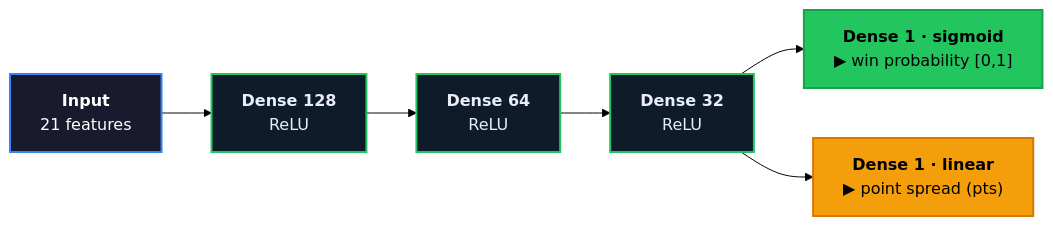
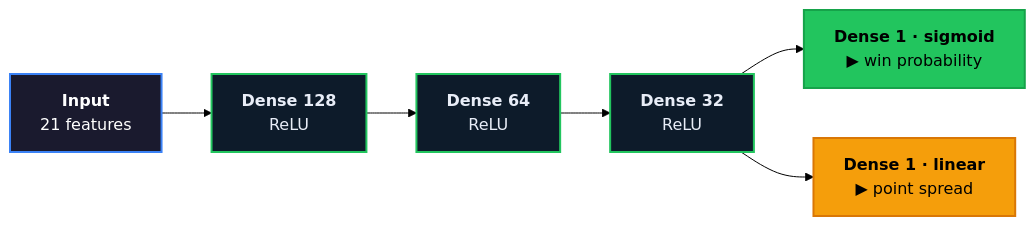
The third of 3 diagrams in README.md (Kanishk234/nfl-fpga-accelerator), drawn with Mermaid (forest theme) before and after one commit. The commit also changed other lines of this file, not shown here.

````diff
--- a/README.md
+++ b/README.md
@@ -85,18 +153,18 @@
 ```mermaid
 flowchart LR
     IN["<b>Input</b><br/>21 features"]:::io
     H1["<b>Dense 128</b><br/>ReLU"]:::hid
     H2["<b>Dense 64</b><br/>ReLU"]:::hid
     H3["<b>Dense 32</b><br/>ReLU"]:::hid
-    W["<b>Dense 1 · sigmoid</b><br/>▶ win probability [0,1]"]:::win
-    S["<b>Dense 1 · linear</b><br/>▶ point spread (pts)"]:::spread
+    W["<b>Dense 1 · sigmoid</b><br/>▶ win probability"]:::win
+    S["<b>Dense 1 · linear</b><br/>▶ point spread"]:::spread
 
     IN --> H1 --> H2 --> H3
     H3 --> W
     H3 --> S
 
     classDef io fill:#1a1a2e,color:#fff,stroke:#3b82f6,stroke-width:2px
     classDef hid fill:#0d1b2a,color:#e8edf7,stroke:#22c55e,stroke-width:2px
     classDef win fill:#22c55e,color:#000,stroke:#16a34a,stroke-width:2px
     classDef spread fill:#f59e0b,color:#000,stroke:#d97706,stroke-width:2px
 ```
````
